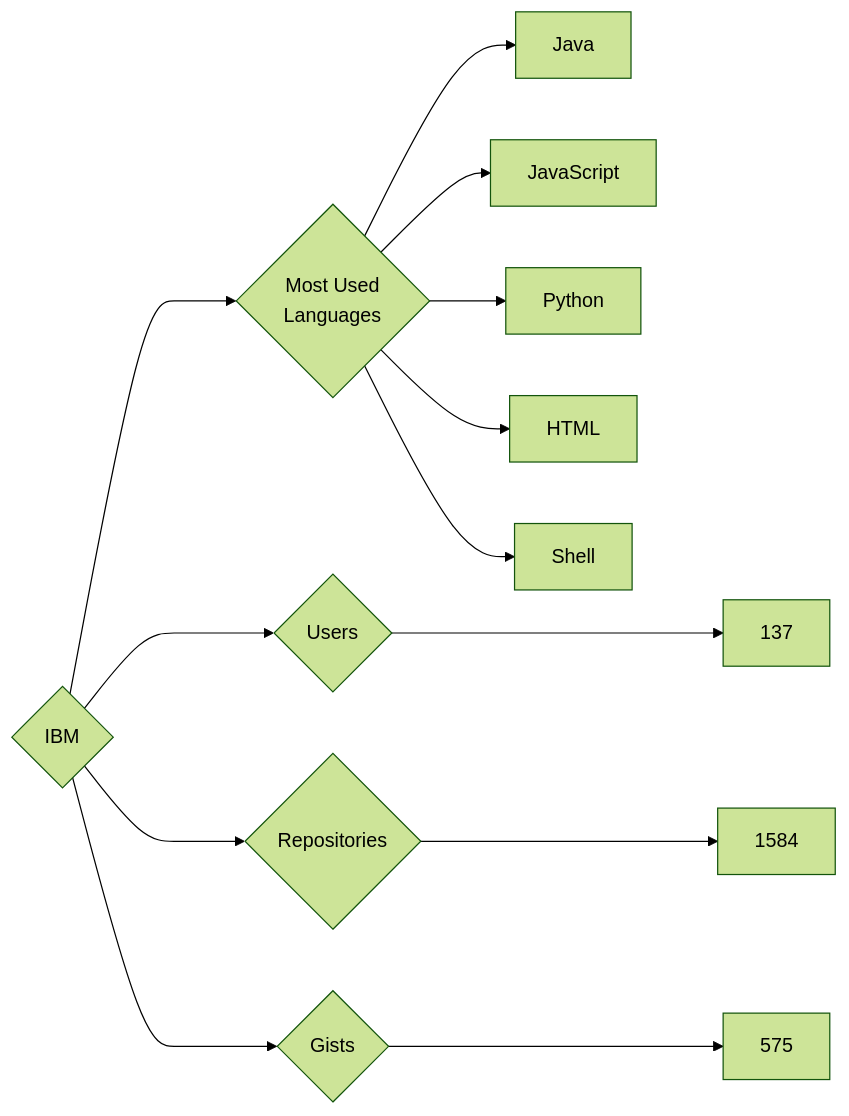
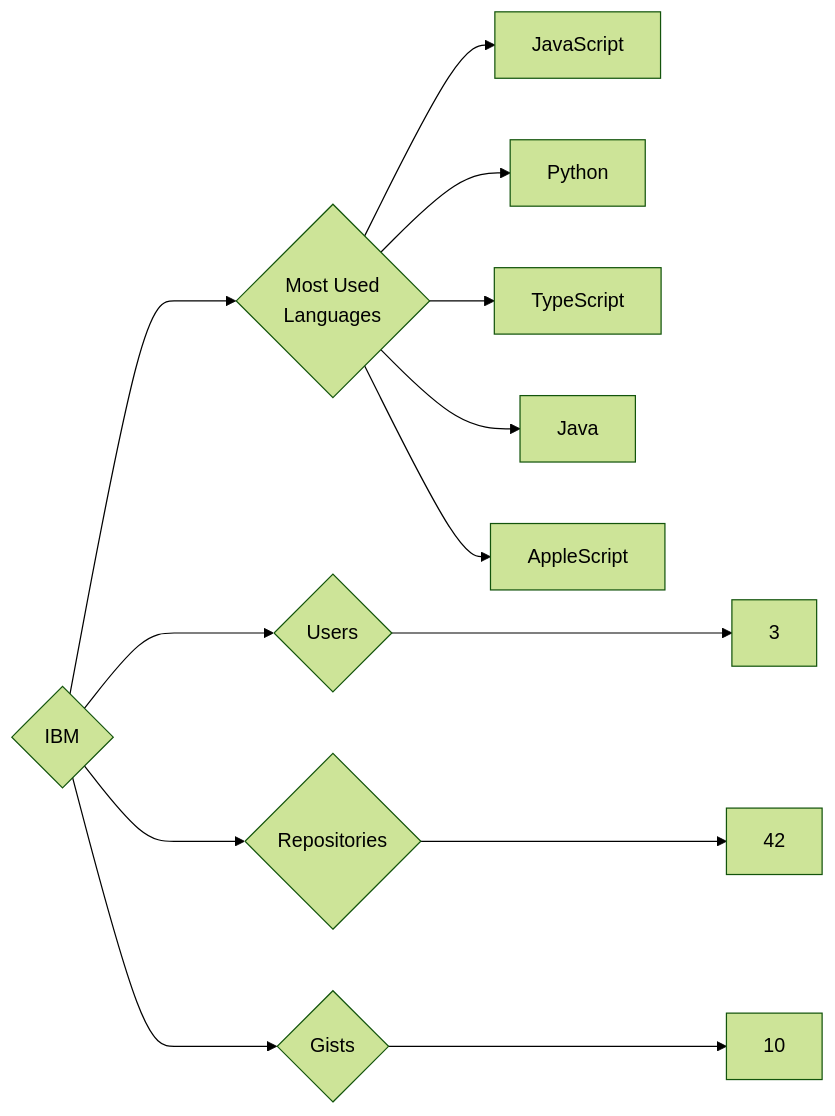
The diagram in targets/IBM/README.md (trickest/insiders), drawn with Mermaid (forest theme) before and after one commit. The commit also changed 934 other files, not shown here.

````diff
--- a/targets/IBM/README.md
+++ b/targets/IBM/README.md
@@ -3,13 +3,13 @@
 ```mermaid
 graph LR
 COMPANY_NAME{IBM}
-COMPANY_NAME ---> U{Users} ---> UN[137]
-COMPANY_NAME ---> R{Repositories} ---> RN[1584]
-COMPANY_NAME ---> G{Gists} ---> GN[575]
+COMPANY_NAME ---> U{Users} ---> UN[3]
+COMPANY_NAME ---> R{Repositories} ---> RN[42]
+COMPANY_NAME ---> G{Gists} ---> GN[10]
 COMPANY_NAME ---> ML{Most Used<br>Languages}
-ML --> Java[Java]
 ML --> JavaScript[JavaScript]
 ML --> Python[Python]
-ML --> HTML[HTML]
-ML --> Shell[Shell]
+ML --> TypeScript[TypeScript]
+ML --> Java[Java]
+ML --> AppleScript[AppleScript]
 ```
````
